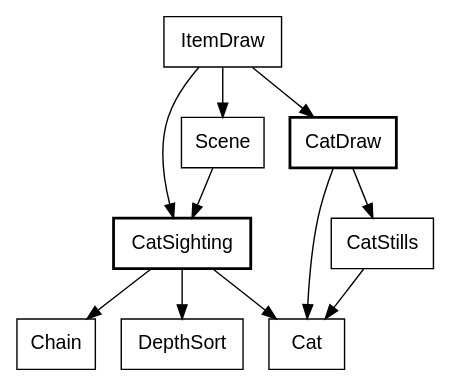
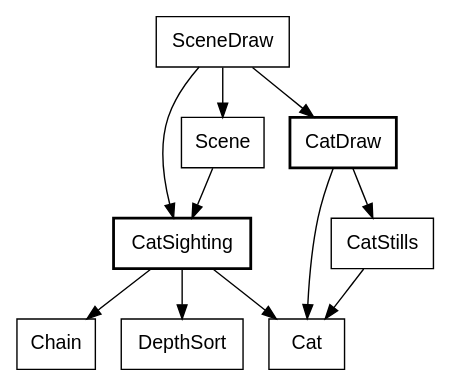
The ninth of 19 diagrams in canvas_apps/safari/tutorial/tutorial.md (showell/roc-apps), drawn with Graphviz before and after one commit. The commit also changed other lines of this file and 5 other files, not shown here.

First line of the commit message:
safari: ItemDraw becomes SceneDraw

````diff
--- a/canvas_apps/safari/tutorial/tutorial.md
+++ b/canvas_apps/safari/tutorial/tutorial.md
@@ -595,17 +595,17 @@
 ```dot
 digraph screen {
   node [shape=box, fontname="Helvetica"];
   CatSighting [style=bold];
   CatDraw [style=bold];
-  ItemDraw -> Scene;
-  ItemDraw -> CatDraw;
-  ItemDraw -> CatSighting;
+  SceneDraw -> Scene;
+  SceneDraw -> CatDraw;
+  SceneDraw -> CatSighting;
   Scene -> CatSighting;
   CatSighting -> Cat;
   CatSighting -> Chain;
   CatSighting -> DepthSort;
   CatDraw -> Cat;
   CatDraw -> CatStills;
   CatStills -> Cat;
 }
 ```
````
